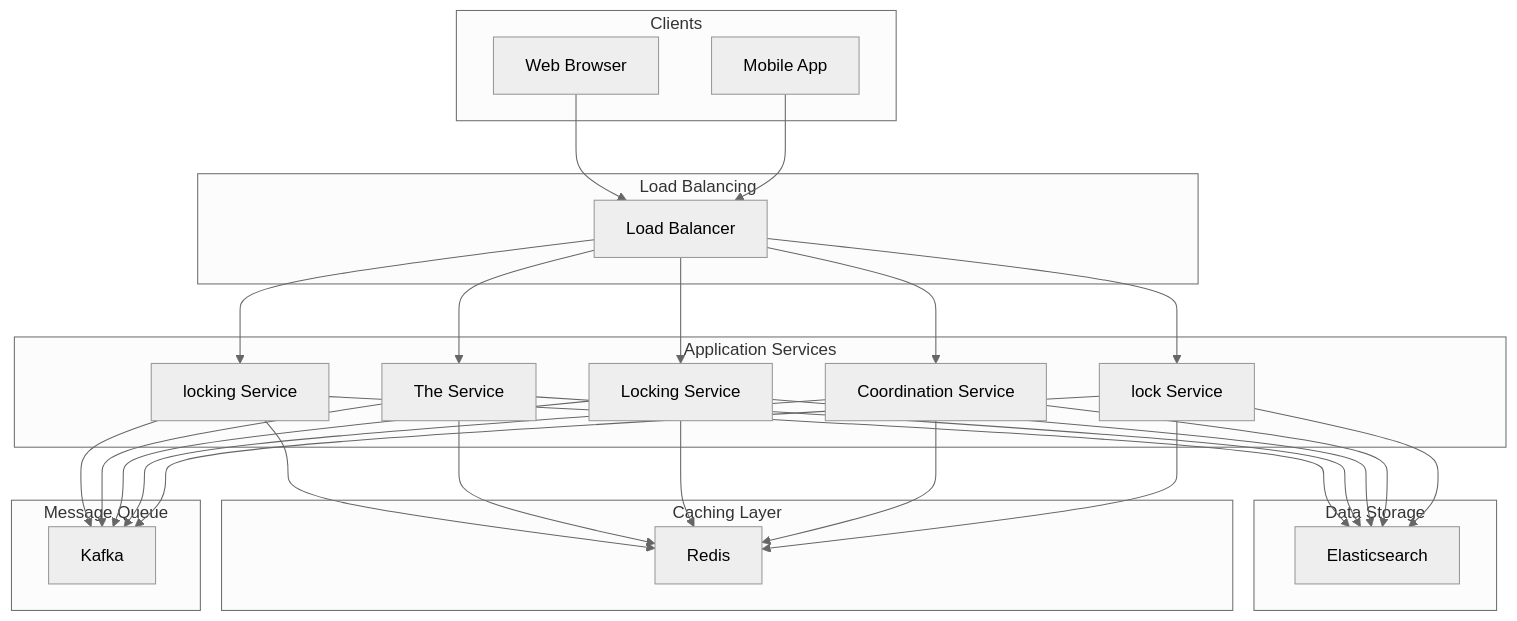
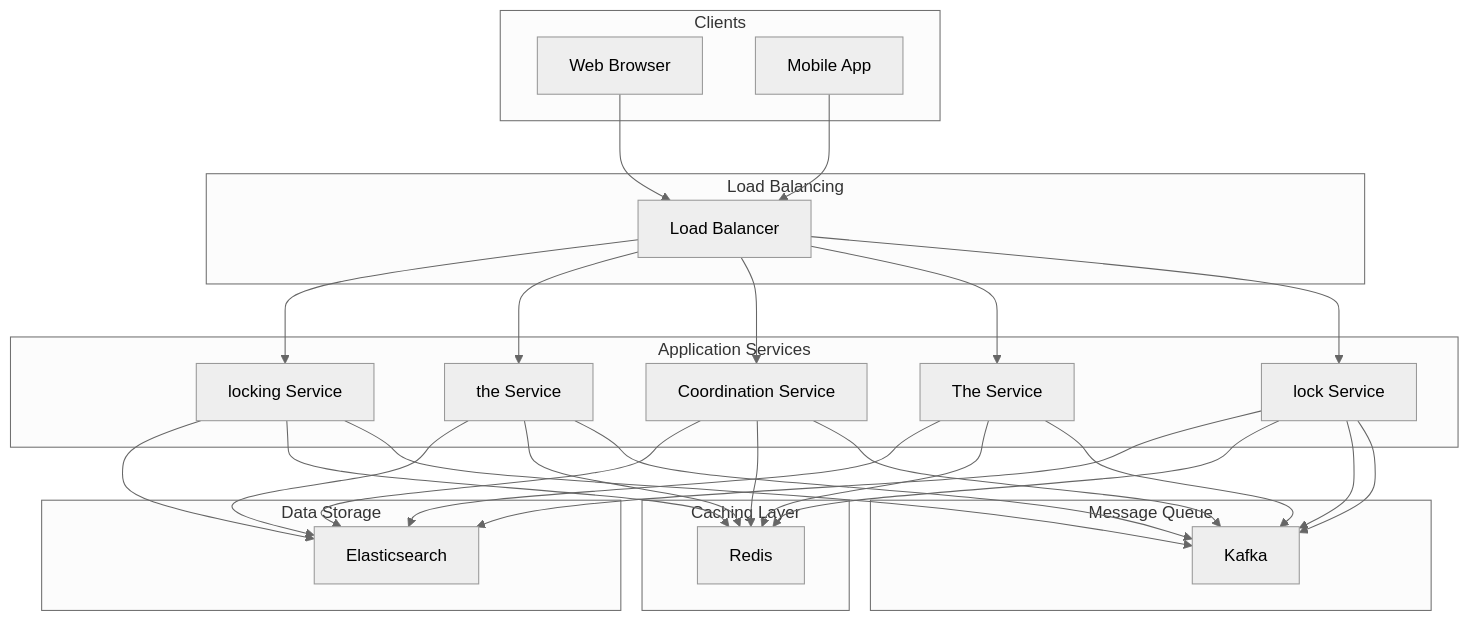
The diagram in system-design/system-design-examples/01-design-problems/design-locking-service.md (rajput-rana/deep-dive-engineering), drawn with Mermaid (neutral theme) before and after one commit. The commit also changed 54 other files, not shown here.

````diff
--- a/system-design/system-design-examples/01-design-problems/design-locking-service.md
+++ b/system-design/system-design-examples/01-design-problems/design-locking-service.md
@@ -86,54 +86,55 @@
 ```mermaid
 graph TB
     subgraph Clients
         Web[Web Browser]
         Mobile[Mobile App]
     end
 
     subgraph Load Balancing
         LB[Load Balancer]
     end
 
     subgraph Application Services
         S1[locking Service]
-        S2[The Service]
-        S3[Locking Service]
-        S4[Coordination Service]
+        S2[the Service]
+        S3[Coordination Service]
+        S4[The Service]
         S5[lock Service]
     end
 
     subgraph Data Storage
         DBElasticsearch[Elasticsearch]
     end
 
     subgraph Caching Layer
         CacheRedis[Redis]
     end
 
     subgraph Message Queue
         QueueKafka[Kafka]
     end
 
     Web --> LB
     Mobile --> LB
     LB --> S1
     LB --> S2
     LB --> S3
     LB --> S4
     LB --> S5
     S1 --> DBElasticsearch
     S1 --> CacheRedis
     S1 --> QueueKafka
     S2 --> DBElasticsearch
     S2 --> CacheRedis
     S2 --> QueueKafka
     S3 --> DBElasticsearch
     S3 --> CacheRedis
     S3 --> QueueKafka
     S4 --> DBElasticsearch
     S4 --> CacheRedis
     S4 --> QueueKafka
     S5 --> DBElasticsearch
     S5 --> CacheRedis
     S5 --> QueueKafka
+    S5 --> QueueKafka
 ```
````
